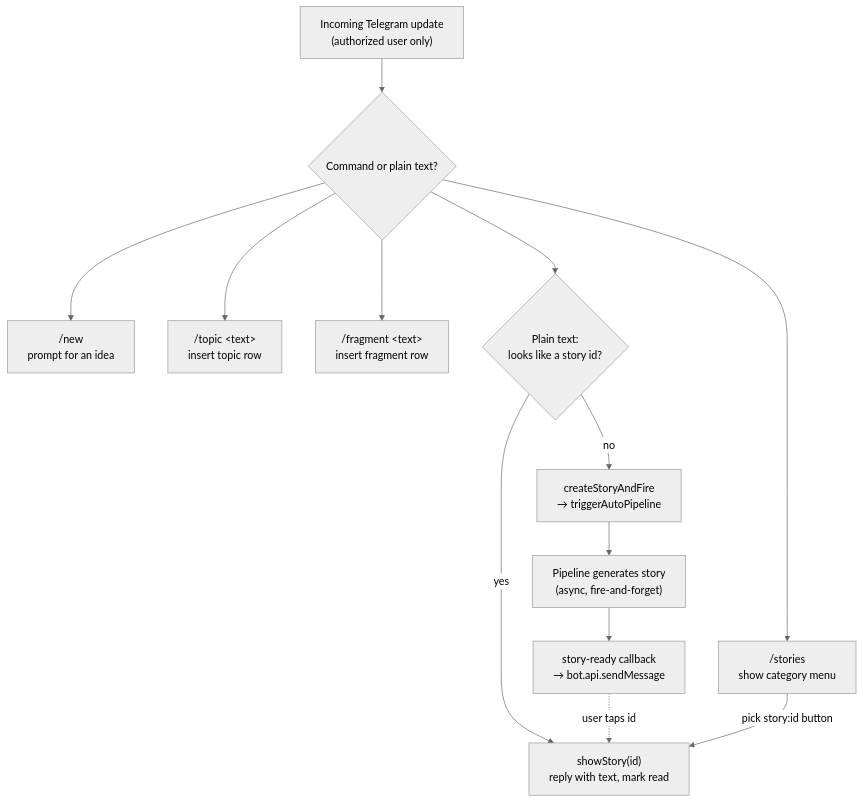
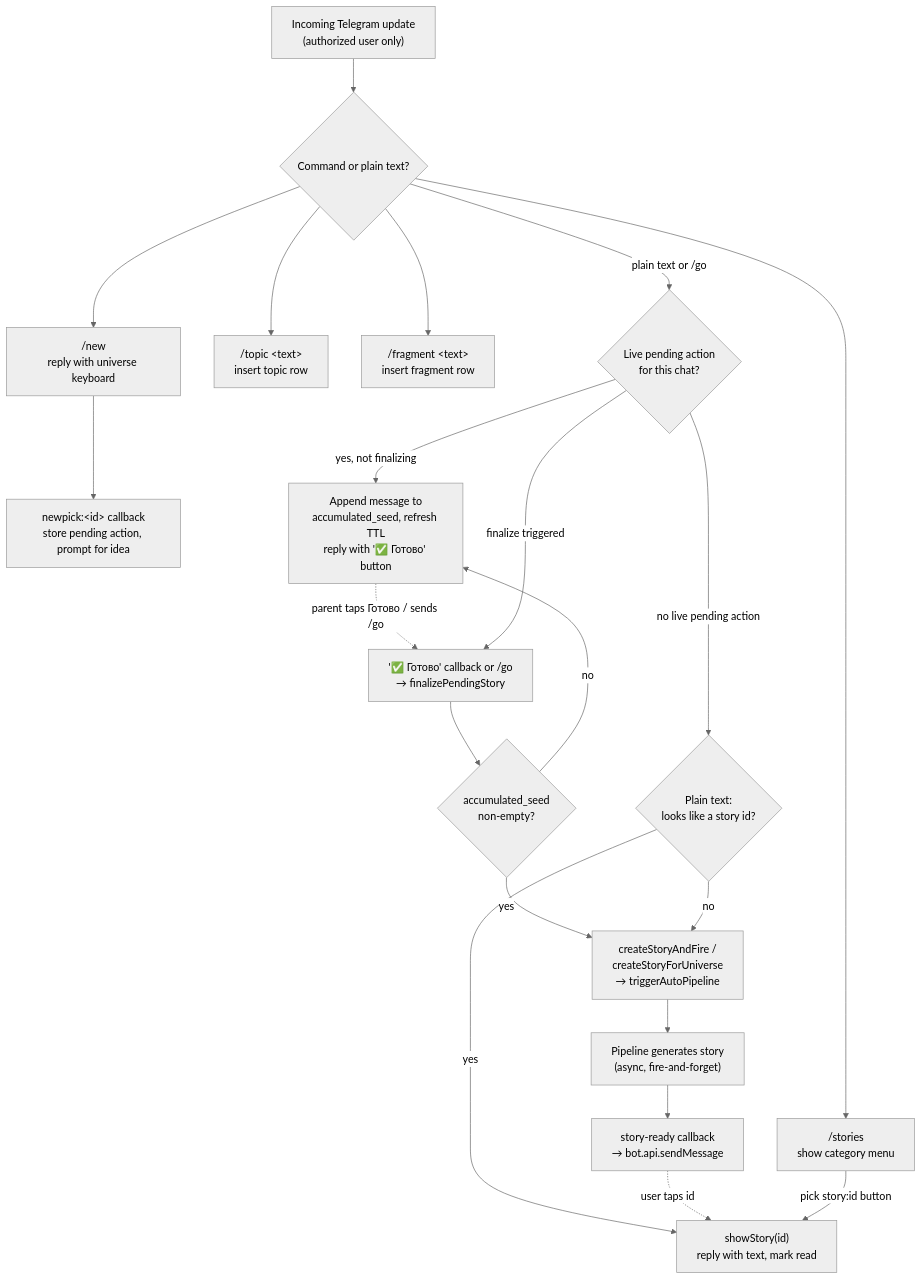
The diagram in docs/architecture/03-telegram-flow.md (ikushlianski/bedtime-stories), drawn with Mermaid (neutral theme) before and after one commit. The commit also changed other lines of this file and 29 other files, not shown here.

````diff
--- a/docs/architecture/03-telegram-flow.md
+++ b/docs/architecture/03-telegram-flow.md
@@ -11,25 +33,38 @@
 ```mermaid
 flowchart TD
   msg["Incoming Telegram update<br/>(authorized user only)"]
   cmds{"Command or plain text?"}
-  new["/new<br/>prompt for an idea"]
+  new["/new<br/>reply with universe keyboard"]
+  pick["newpick:&lt;id&gt; callback<br/>store pending action, prompt for idea"]
   stories["/stories<br/>show category menu"]
   topic["/topic &lt;text&gt;<br/>insert topic row"]
   frag["/fragment &lt;text&gt;<br/>insert fragment row"]
+  pending{"Live pending action<br/>for this chat?"}
+  append["Append message to<br/>accumulated_seed, refresh TTL<br/>reply with '✅ Готово' button"]
+  finalize["'✅ Готово' callback or /go<br/>&rarr; finalizePendingStory"]
+  ready{"accumulated_seed<br/>non-empty?"}
   text{"Plain text:<br/>looks like a story id?"}
   show["showStory(id)<br/>reply with text, mark read"]
-  createfire["createStoryAndFire<br/>&rarr; triggerAutoPipeline"]
+  createfire["createStoryAndFire /<br/>createStoryForUniverse<br/>&rarr; triggerAutoPipeline"]
   gen["Pipeline generates story<br/>(async, fire-and-forget)"]
   cb["story-ready callback<br/>&rarr; bot.api.sendMessage"]
 
   msg --> cmds
-  cmds --> new
+  cmds --> new --> pick
   cmds --> stories
   cmds --> topic
   cmds --> frag
-  cmds --> text
+  cmds -->|"plain text or /go"| pending
+  pending -->|"yes, not finalizing"| append
+  append -.->|"parent taps Готово / sends /go"| finalize
+  pending -->|"finalize triggered"| finalize
+  finalize --> ready
+  ready -->|"yes"| createfire
+  ready -->|"no"| append
+  pending -->|"no live pending action"| text
   text -->|"yes"| show
-  text -->|"no"| createfire --> gen --> cb
+  text -->|"no"| createfire
+  createfire --> gen --> cb
   cb -.->|"user taps id"| show
   stories -->|"pick story:id button"| show
 ```
````
